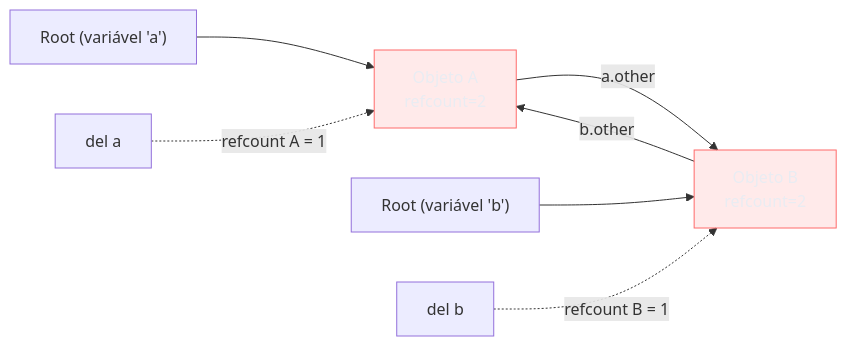
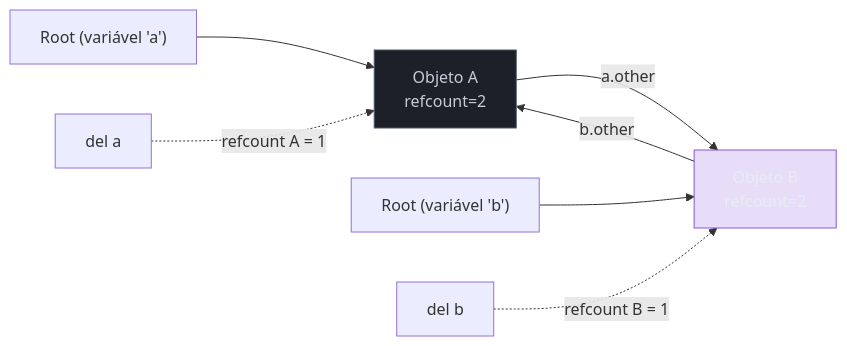
The third of 11 diagrams in 03-Dominios/Ciência/Compiladores e Linguagens/16 - Garbage collection.md (josenaldo/codex-technomanticus), drawn with Mermaid before and after one commit. The commit also changed other lines of this file and 601 other files, not shown here.

````diff
--- a/03-Dominios/Ciência/Compiladores e Linguagens/16 - Garbage collection.md
+++ b/03-Dominios/Ciência/Compiladores e Linguagens/16 - Garbage collection.md
@@ -119,14 +119,15 @@
 ```mermaid
 flowchart LR
-    classDef falha fill:#FF6B6B24,stroke:#FF6B6B,color:#E9ECF2
+    classDef marca fill:#8855DF33,stroke:#8855DF,color:#E9ECF2
+    classDef neutro fill:#1B2029,stroke:#4E5666,color:#C6CCD8
     ROOT["Root (variável 'a')"] --> ObjA["Objeto A\nrefcount=2"]
     ROOT2["Root (variável 'b')"] --> ObjB["Objeto B\nrefcount=2"]
     ObjA -- "a.other" --> ObjB
     ObjB -- "b.other" --> ObjA
 
     DEL1["del a"] -.->|"refcount A = 1"| ObjA
     DEL2["del b"] -.->|"refcount B = 1"| ObjB
 
-    class ObjA falha
-    class ObjB falha
+    class ObjA neutro
+    class ObjB marca
 ```
````
